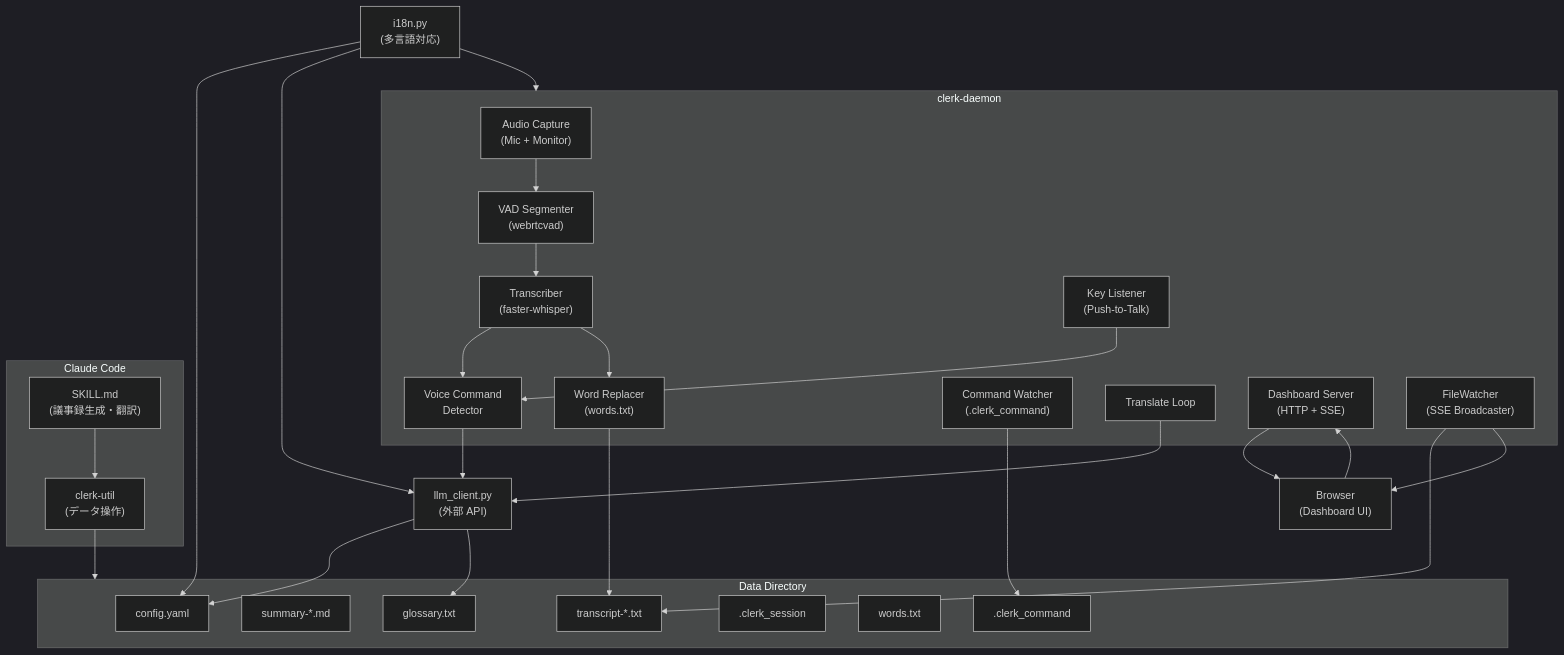
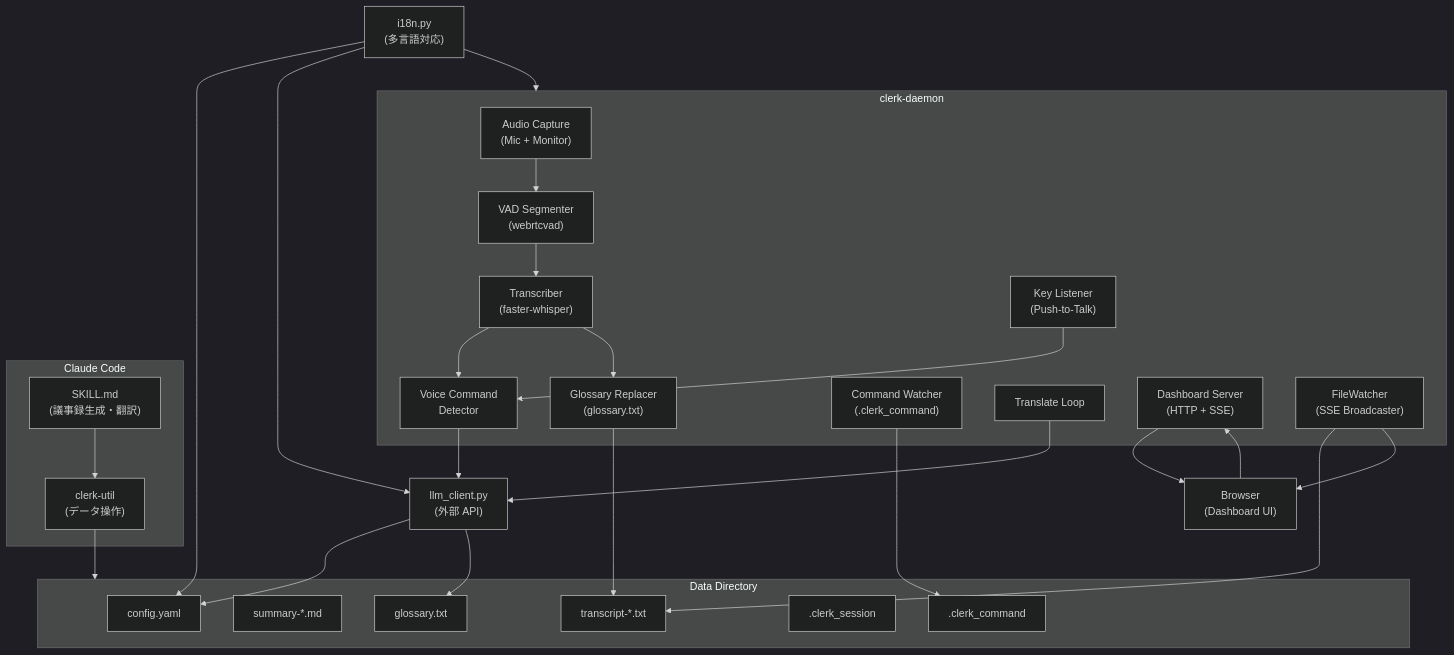
One commit to edocode/shadow-clerk changed the first of 7 diagrams in SPEC.md. Above: the diagram before and after it, drawn with Mermaid (dark theme). The commit also changed other lines of this file and 4 other files, not shown here.

````diff
--- a/SPEC.md
+++ b/SPEC.md
@@ -115,55 +158,54 @@
 ```mermaid
 graph TB
     subgraph recorder["clerk-daemon"]
         capture["Audio Capture<br/>(Mic + Monitor)"]
         vad["VAD Segmenter<br/>(webrtcvad)"]
         transcriber["Transcriber<br/>(faster-whisper)"]
         vcmd["Voice Command<br/>Detector"]
-        replacer["Word Replacer<br/>(words.txt)"]
+        replacer["Glossary Replacer<br/>(glossary.txt)"]
         cmdwatch["Command Watcher<br/>(.clerk_command)"]
         ptt["Key Listener<br/>(Push-to-Talk)"]
         translateloop["Translate Loop"]
         dashboard["Dashboard Server<br/>(HTTP + SSE)"]
         filewatcher["FileWatcher<br/>(SSE Broadcaster)"]
     end
 
     subgraph claude["Claude Code"]
         skill["SKILL.md<br/>(議事録生成・翻訳)"]
         util["clerk-util<br/>(データ操作)"]
     end
 
     llm["llm_client.py<br/>(外部 API)"]
     i18n["i18n.py<br/>(多言語対応)"]
     browser["Browser<br/>(Dashboard UI)"]
 
     subgraph data["Data Directory"]
         transcript["transcript-*.txt"]
         summary["summary-*.md"]
         config["config.yaml"]
         clkcmd[".clerk_command"]
         session[".clerk_session"]
-        words["words.txt"]
         glossary["glossary.txt"]
     end
 
     capture --> vad
     vad --> transcriber
     transcriber --> vcmd
     transcriber --> replacer
     replacer --> transcript
     vcmd --> llm
     cmdwatch --> clkcmd
     ptt --> vcmd
     translateloop --> llm
     dashboard --> browser
     browser --> dashboard
     filewatcher --> transcript
     filewatcher --> browser
     skill --> util
     util --> data
     llm --> config
     llm --> glossary
     i18n --> config
     i18n --> recorder
     i18n --> llm
 ```
````
